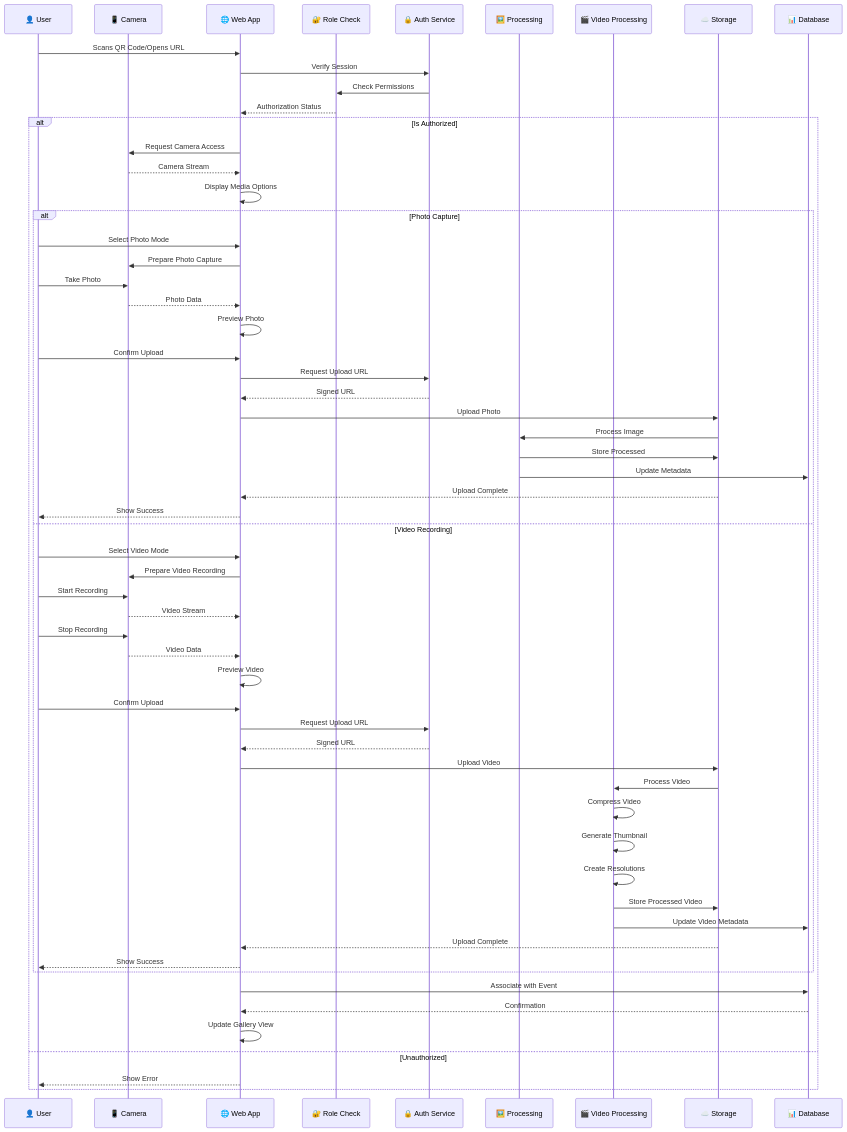
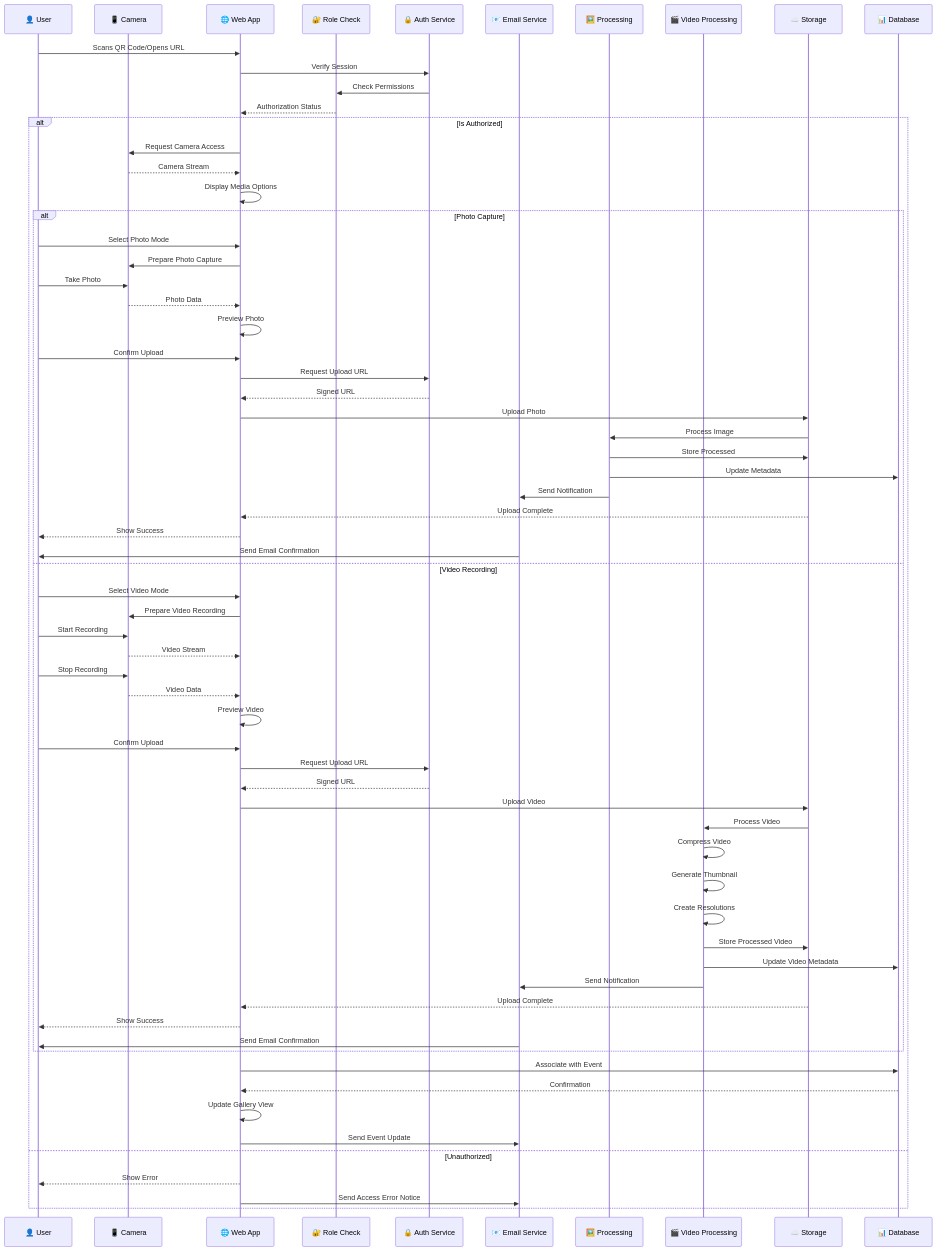
Before and after one commit to mrj0nesmtl/cloud-burst: the diagram in docs/user-flows/media_upload_sequence_diagram.md, drawn with Mermaid. The commit also changed other lines of this file and 85 other files, not shown here.

````diff
--- a/docs/user-flows/media_upload_sequence_diagram.md
+++ b/docs/user-flows/media_upload_sequence_diagram.md
@@ -20,67 +20,74 @@
 ```mermaid
 sequenceDiagram
     participant U as 👤 User
     participant C as 📱 Camera
     participant W as 🌐 Web App
     participant R as 🔐 Role Check
     participant A as 🔒 Auth Service
+    participant E as 📧 Email Service
     participant P as 🖼️ Processing
     participant V as 🎬 Video Processing
     participant S as ☁️ Storage
     participant DB as 📊 Database
 
     U->>W: Scans QR Code/Opens URL
     W->>A: Verify Session
     A->>R: Check Permissions
     R-->>W: Authorization Status
     
     alt Is Authorized
         W->>C: Request Camera Access
         C-->>W: Camera Stream
         
         W->>W: Display Media Options
         
         alt Photo Capture
             U->>W: Select Photo Mode
             W->>C: Prepare Photo Capture
             U->>C: Take Photo
             C-->>W: Photo Data
             W->>W: Preview Photo
             U->>W: Confirm Upload
             W->>A: Request Upload URL
             A-->>W: Signed URL
             W->>S: Upload Photo
             S->>P: Process Image
             P->>S: Store Processed
             P->>DB: Update Metadata
+            P->>E: Send Notification
             S-->>W: Upload Complete
             W-->>U: Show Success
+            E->>U: Send Email Confirmation
         else Video Recording
             U->>W: Select Video Mode
             W->>C: Prepare Video Recording
             U->>C: Start Recording
             C-->>W: Video Stream
             U->>C: Stop Recording
             C-->>W: Video Data
             W->>W: Preview Video
             U->>W: Confirm Upload
             W->>A: Request Upload URL
             A-->>W: Signed URL
             W->>S: Upload Video
             S->>V: Process Video
             V->>V: Compress Video
             V->>V: Generate Thumbnail
             V->>V: Create Resolutions
             V->>S: Store Processed Video
             V->>DB: Update Video Metadata
+            V->>E: Send Notification
             S-->>W: Upload Complete
             W-->>U: Show Success
+            E->>U: Send Email Confirmation
         end
         
         W->>DB: Associate with Event
         DB-->>W: Confirmation
         W->>W: Update Gallery View
+        W->>E: Send Event Update
     else Unauthorized
         W-->>U: Show Error
+        W->>E: Send Access Error Notice
     end
 ```
````
